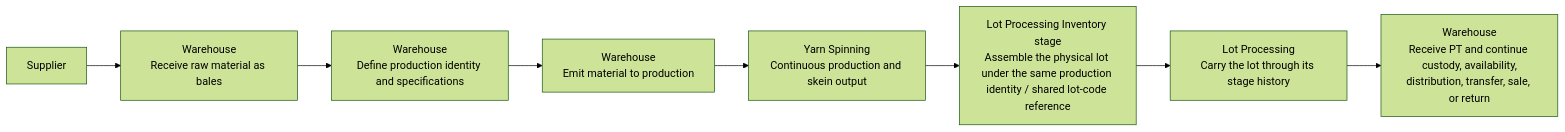
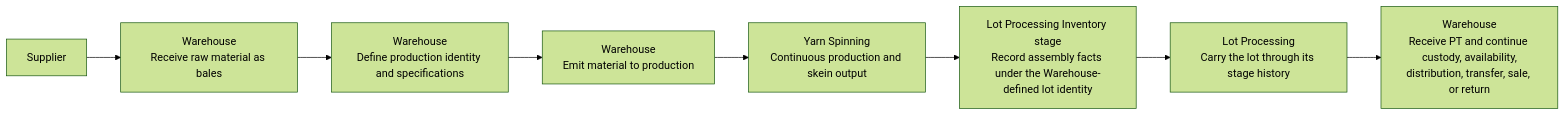
Before and after one commit to luiscm17/yarn-epr: the third of 3 diagrams in docs/architecture/ARCHITECTURE.md, drawn with Mermaid (forest theme). The commit also changed other lines of this file and 5 other files, not shown here.

Commit message:
docs(arch): refactor to single lot identity model with Quality Send handoff

````diff
--- a/docs/architecture/ARCHITECTURE.md
+++ b/docs/architecture/ARCHITECTURE.md
@@ -164,13 +164,13 @@
 ```mermaid
 flowchart LR
     S[Supplier]
     W1[Warehouse<br/>Receive raw material as bales]
     W2[Warehouse<br/>Define production identity and specifications]
     W3[Warehouse<br/>Emit material to production]
     YS[Yarn Spinning<br/>Continuous production and skein output]
-    LP1[Lot Processing Inventory stage<br/>Assemble the physical lot under the same production identity / shared lot-code reference]
+    LP1[Lot Processing Inventory stage<br/>Record assembly facts under the Warehouse-defined lot identity]
     LP2[Lot Processing<br/>Carry the lot through its stage history]
     W4[Warehouse<br/>Receive PT and continue custody, availability,<br/>distribution, transfer, sale, or return]
 
     S --> W1 --> W2 --> W3 --> YS --> LP1 --> LP2 --> W4
 ```
````
